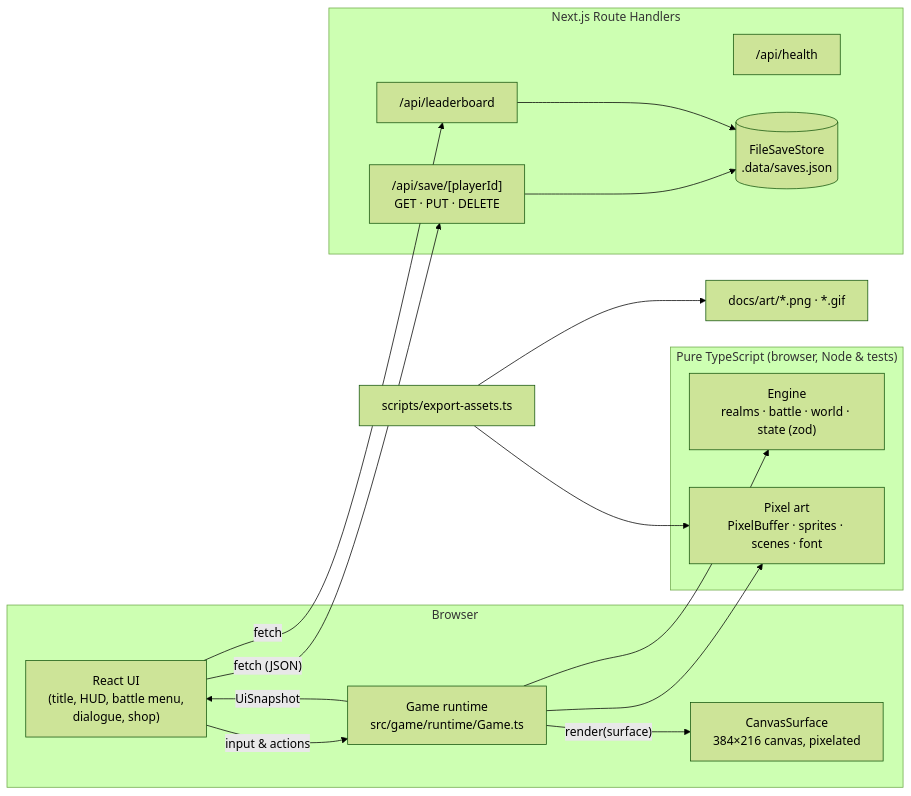
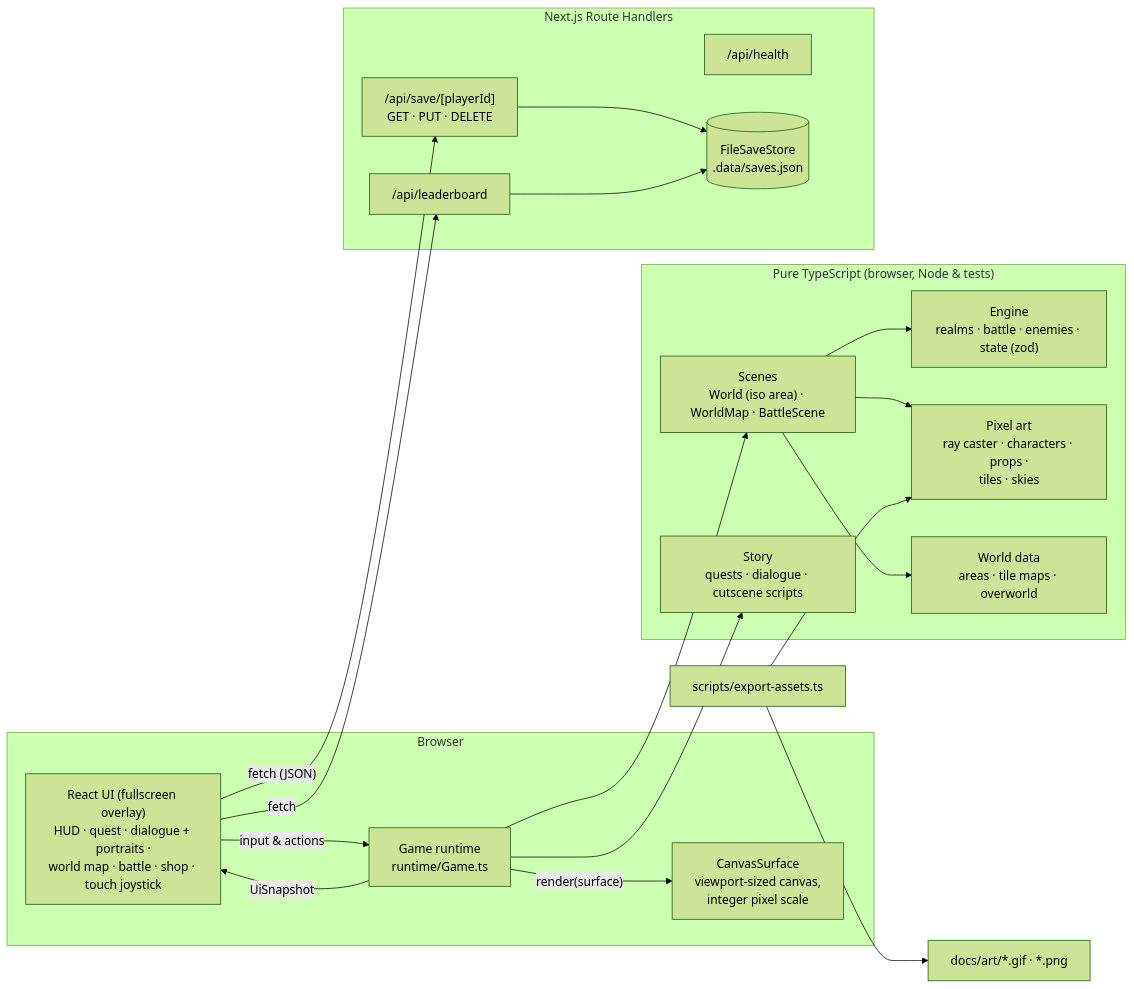
One commit to jgyy/pixelop changed the third of 8 diagrams in README.md. Above: the diagram before and after it, drawn with Mermaid (forest theme). The commit also changed other lines of this file and 136 other files, not shown here.

````diff
--- a/README.md
+++ b/README.md
@@ -83,32 +115,38 @@
 ```mermaid
 flowchart LR
   subgraph Browser
-    UI["React UI<br/>(title, HUD, battle menu,<br/>dialogue, shop)"]
-    RT["Game runtime<br/>src/game/runtime/Game.ts"]
-    CS["CanvasSurface<br/>384×216 canvas, pixelated"]
+    UI["React UI (fullscreen overlay)<br/>HUD · quest · dialogue + portraits ·<br/>world map · battle · shop · touch joystick"]
+    RT["Game runtime<br/>runtime/Game.ts"]
+    CS["CanvasSurface<br/>viewport-sized canvas,<br/>integer pixel scale"]
     UI -- "input & actions" --> RT
     RT -- "UiSnapshot" --> UI
     RT -- "render(surface)" --> CS
   end
 
   subgraph Pure["Pure TypeScript (browser, Node & tests)"]
-    ENG["Engine<br/>realms · battle · world · state (zod)"]
-    ART["Pixel art<br/>PixelBuffer · sprites · scenes · font"]
+    SC["Scenes<br/>World (iso area) · WorldMap · BattleScene"]
+    ST["Story<br/>quests · dialogue · cutscene scripts"]
+    ENG["Engine<br/>realms · battle · enemies · state (zod)"]
+    ART["Pixel art<br/>ray caster · characters · props ·<br/>tiles · skies"]
+    WD["World data<br/>areas · tile maps · overworld"]
   end
 
   subgraph Server["Next.js Route Handlers"]
     SAVE["/api/save/[playerId]<br/>GET · PUT · DELETE"]
     LB["/api/leaderboard"]
     HL["/api/health"]
     STORE[("FileSaveStore<br/>.data/saves.json")]
     SAVE --> STORE
     LB --> STORE
   end
 
-  RT --> ENG
-  RT --> ART
+  RT --> SC
+  RT --> ST
+  SC --> ENG
+  SC --> ART
+  SC --> WD
   UI -- "fetch (JSON)" --> SAVE
   UI -- fetch --> LB
   EXP["scripts/export-assets.ts"] --> ART
-  EXP --> PNG["docs/art/*.png · *.gif"]
+  EXP --> GIF["docs/art/*.gif · *.png"]
 ```
````
